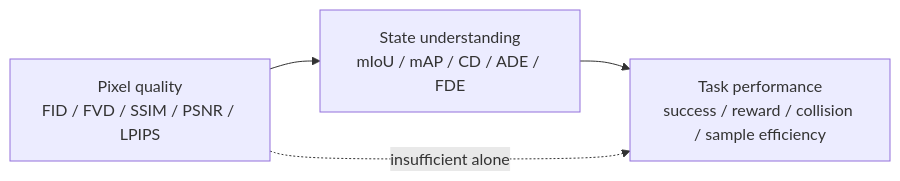
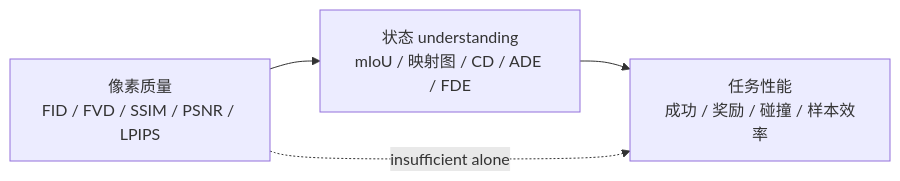
The diagram in wiki/concepts/WorldModelEvaluation.md (niuverse/llm-wiki), drawn with Mermaid before and after one commit. The commit also changed other lines of this file and 123 other files, not shown here.

````diff
--- a/wiki/concepts/WorldModelEvaluation.md
+++ b/wiki/concepts/WorldModelEvaluation.md
@@ -41,6 +41,6 @@
 ```mermaid
 flowchart LR
-  A["Pixel quality<br/>FID / FVD / SSIM / PSNR / LPIPS"] --> B["State understanding<br/>mIoU / mAP / CD / ADE / FDE"]
-  B --> C["Task performance<br/>success / reward / collision / sample efficiency"]
+  A["像素质量<br/>FID / FVD / SSIM / PSNR / LPIPS"] --> B["状态 understanding<br/>mIoU / 映射图 / CD / ADE / FDE"]
+  B --> C["任务性能<br/>成功 / 奖励 / 碰撞 / 样本效率"]
   A -. "insufficient alone" .-> C
 ```
````
